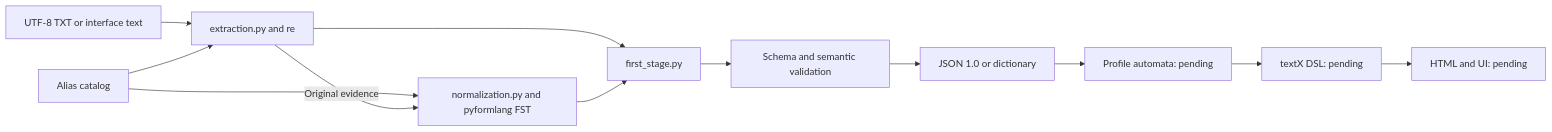
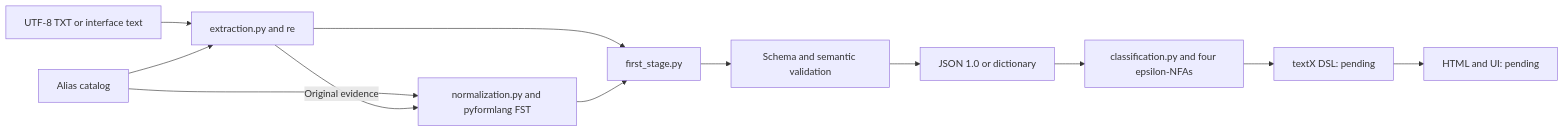
One commit to ValentinaM31/IntegrativeTask1_ResumeLens changed the diagram in docs/module-design.md. Above: the diagram before and after it, drawn with Mermaid. The commit also changed other lines of this file and 44 other files, not shown here.

````diff
--- a/docs/module-design.md
+++ b/docs/module-design.md
@@ -5,14 +5,14 @@
 ```mermaid
 flowchart LR
     T[UTF-8 TXT or interface text] --> E[extraction.py and re]
     C[Alias catalog] --> E
     C --> F[normalization.py and pyformlang FST]
     E -->|Original evidence| F
     E --> P[first_stage.py]
     F --> P
     P --> V[Schema and semantic validation]
     V --> J[JSON 1.0 or dictionary]
-    J --> A[Profile automata: pending]
+    J --> A[classification.py and four epsilon-NFAs]
     A --> D[textX DSL: pending]
     D --> H[HTML and UI: pending]
 ```
````
